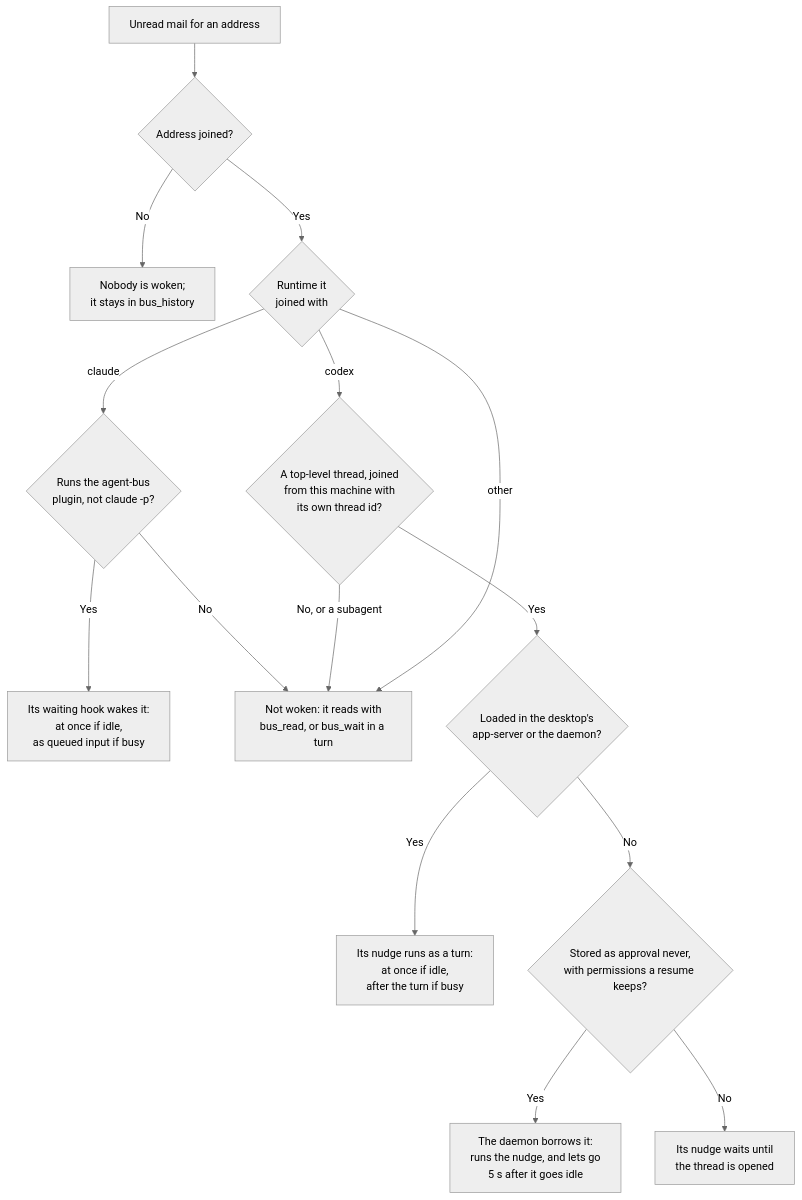
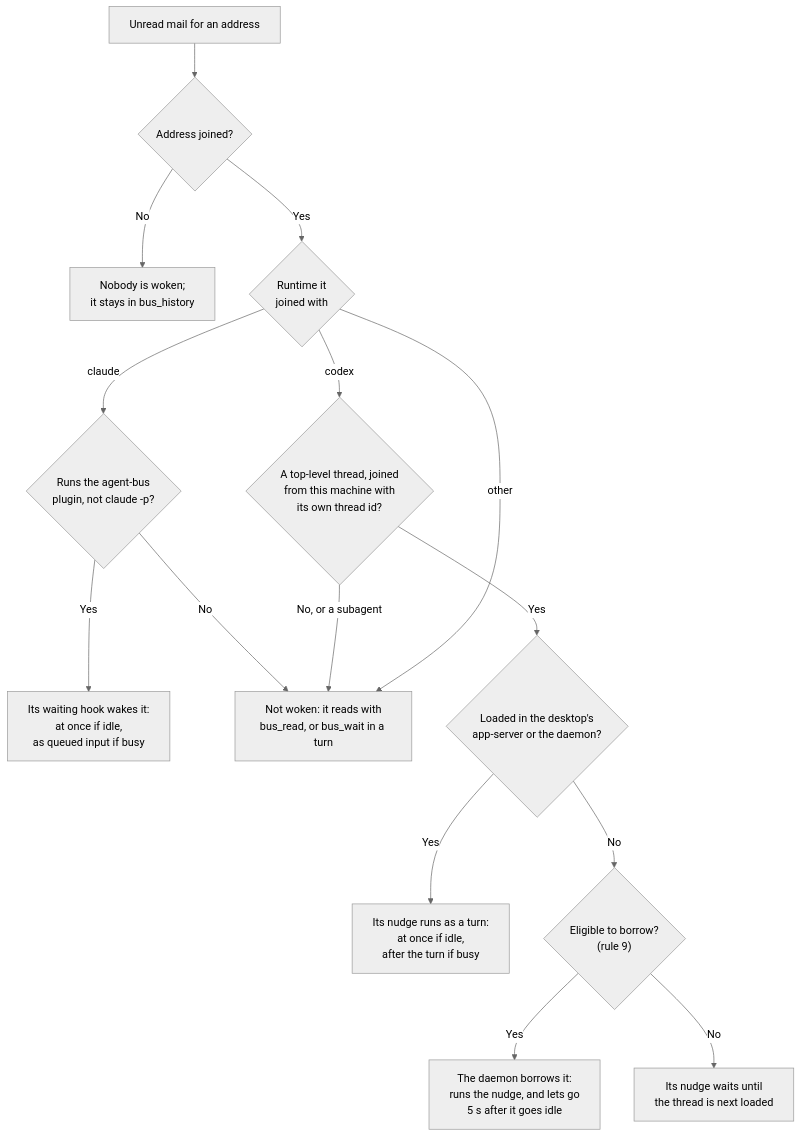
The first of 4 diagrams in docs/architecture/delivery.md (rawr-ai/agent-bus), drawn with Mermaid (neutral theme) before and after one commit. The commit also changed other lines of this file and 18 other files, not shown here.

````diff
--- a/docs/architecture/delivery.md
+++ b/docs/architecture/delivery.md
@@ -17,17 +15,17 @@
 ```mermaid
 flowchart TD
   mail["Unread mail for an address"] --> joined{"Address joined?"}
   joined -- "No" --> none["Nobody is woken;<br/>it stays in bus_history"]
   joined -- "Yes" --> runtime{"Runtime it<br/>joined with"}
   runtime -- "claude" --> plugin{"Runs the agent-bus<br/>plugin, not claude -p?"}
   plugin -- "Yes" --> hook["Its waiting hook wakes it:<br/>at once if idle,<br/>as queued input if busy"]
   plugin -- "No" --> poll["Not woken: it reads with<br/>bus_read, or bus_wait in a turn"]
   runtime -- "codex" --> tid{"A top-level thread, joined<br/>from this machine with<br/>its own thread id?"}
   tid -- "No, or a subagent" --> poll
   tid -- "Yes" --> loaded{"Loaded in the desktop's<br/>app-server or the daemon?"}
   loaded -- "Yes" --> runs["Its nudge runs as a turn:<br/>at once if idle,<br/>after the turn if busy"]
-  loaded -- "No" --> eligible{"Stored as approval never,<br/>with permissions a resume keeps?"}
+  loaded -- "No" --> eligible{"Eligible to borrow?<br/>(rule 9)"}
   eligible -- "Yes" --> borrow["The daemon borrows it:<br/>runs the nudge, and lets go<br/>5 s after it goes idle"]
-  eligible -- "No" --> waits["Its nudge waits until<br/>the thread is opened"]
+  eligible -- "No" --> waits["Its nudge waits until<br/>the thread is next loaded"]
   runtime -- "other" --> poll
 ```
````
